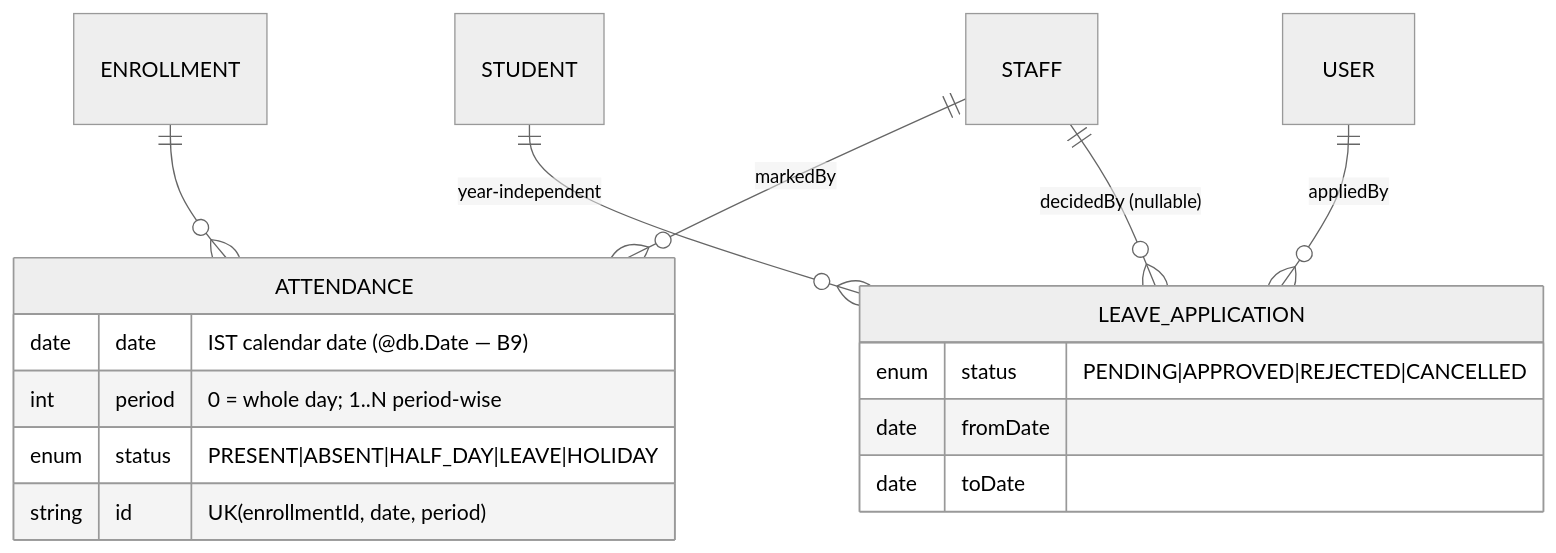
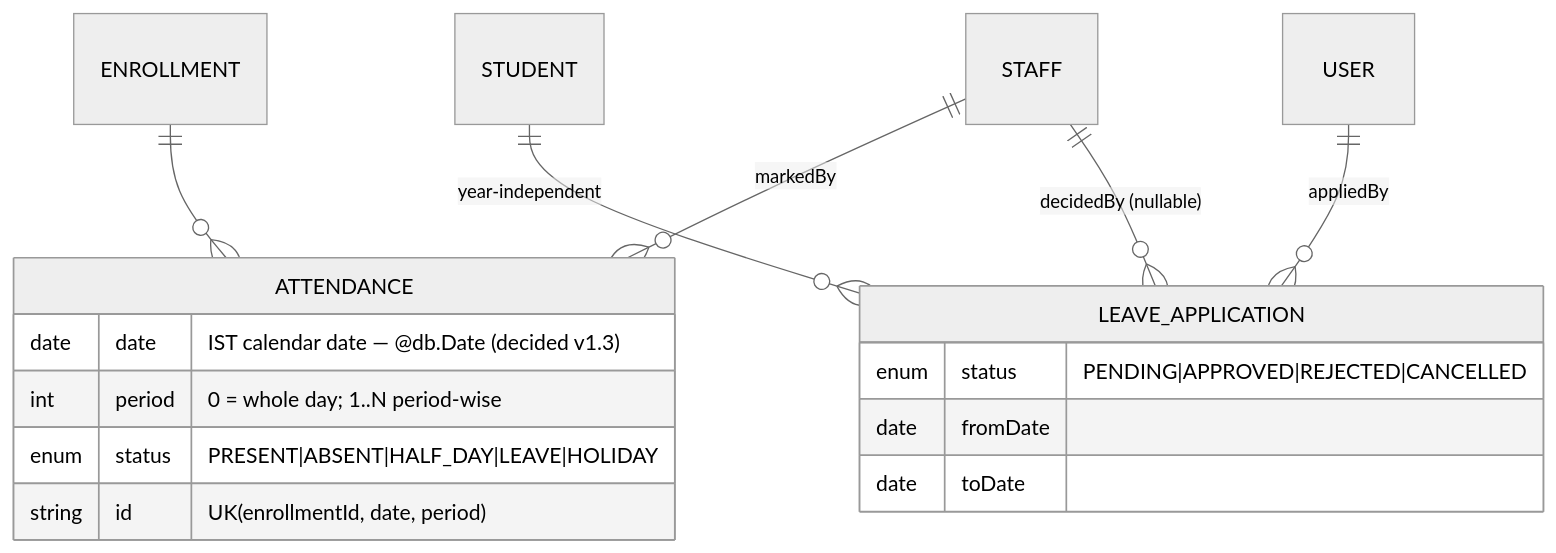
Before and after one commit to imanaswer/MobileApp: the third of 6 diagrams in docs/DB_RELATIONSHIP_DIAGRAM.md, drawn with Mermaid (neutral theme). The commit also changed other lines of this file and 9 other files, not shown here.

Commit message:
docs: update PRD, API conventions, database schema, and project documentation

````diff
--- a/docs/DB_RELATIONSHIP_DIAGRAM.md
+++ b/docs/DB_RELATIONSHIP_DIAGRAM.md
@@ -70,20 +75,20 @@
 ```mermaid
 erDiagram
     ENROLLMENT ||--o{ ATTENDANCE : ""
     STAFF ||--o{ ATTENDANCE : "markedBy"
     STUDENT ||--o{ LEAVE_APPLICATION : "year-independent"
     USER ||--o{ LEAVE_APPLICATION : "appliedBy"
     STAFF ||--o{ LEAVE_APPLICATION : "decidedBy (nullable)"
 
     ATTENDANCE {
-        date date "IST calendar date (@db.Date — B9)"
+        date date "IST calendar date — @db.Date (decided v1.3)"
         int period "0 = whole day; 1..N period-wise"
         enum status "PRESENT|ABSENT|HALF_DAY|LEAVE|HOLIDAY"
         string id "UK(enrollmentId, date, period)"
     }
     LEAVE_APPLICATION {
         enum status "PENDING|APPROVED|REJECTED|CANCELLED"
         date fromDate ""
         date toDate ""
     }
 ```
````
